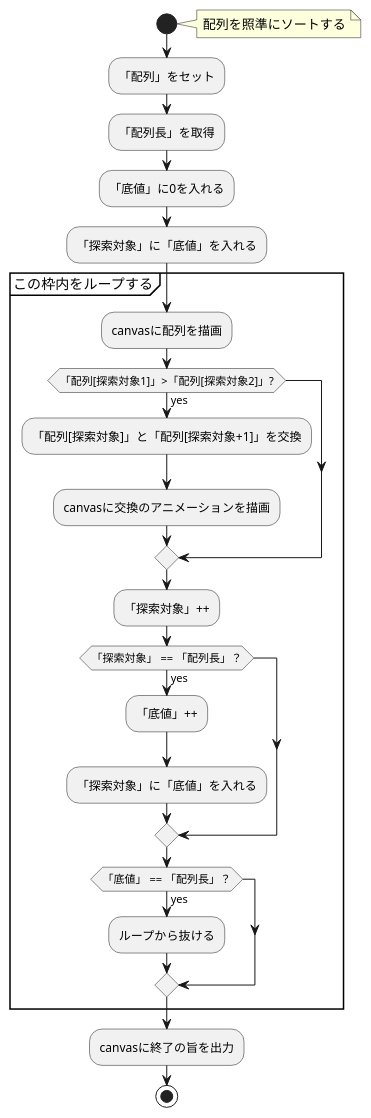
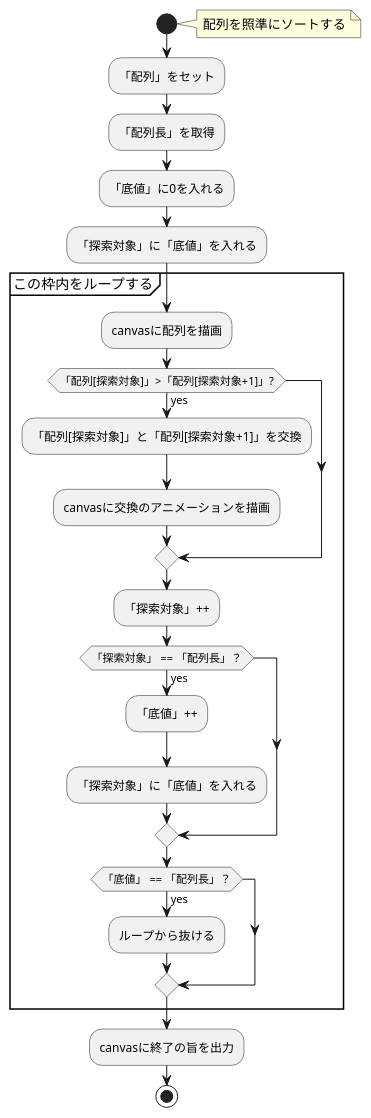
One commit to irimo/sort-anima changed the diagram in docs/bubble-sort.pu. Above: the diagram before and after it, drawn with PlantUML. The commit also changed 4 other files, not shown here.

```diff
--- a/docs/bubble-sort.pu
+++ b/docs/bubble-sort.pu
@@ -1,32 +1,32 @@
 @startuml
 
 start
 note right
 配列を照準にソートする
 end note
 
 :「配列」をセット;
 :「配列長」を取得;
 
 :「底値」に0を入れる;
 
 :「探索対象」に「底値」を入れる;
 
 partition この枠内をループする {
     :canvasに配列を描画;
-    if(「配列[探索対象1]」>「配列[探索対象2]」?) then (yes)
+    if(「配列[探索対象]」>「配列[探索対象+1]」?) then (yes)
          :「配列[探索対象]」と「配列[探索対象+1]」を交換;
          :canvasに交換のアニメーションを描画;
     endif
     :「探索対象」++;
     if (「探索対象」 == 「配列長」？) then (yes)
         :「底値」++;
         :「探索対象」に「底値」を入れる;
     endif
     if (「底値」 == 「配列長」？) then (yes)
         :ループから抜ける;
     endif
 }
 :canvasに終了の旨を出力;
 stop
 @enduml
```
